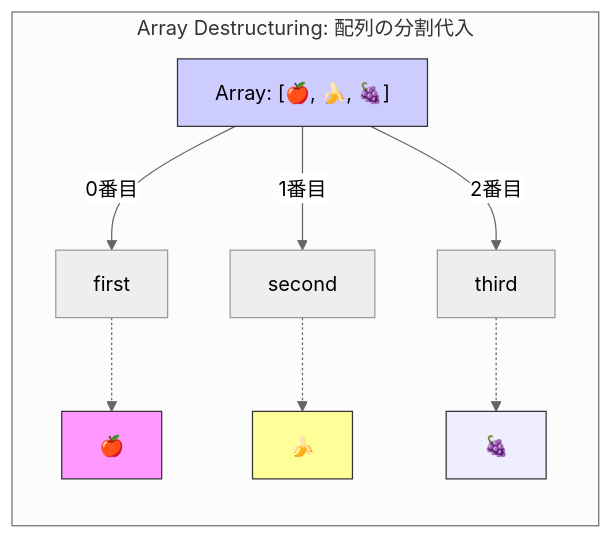
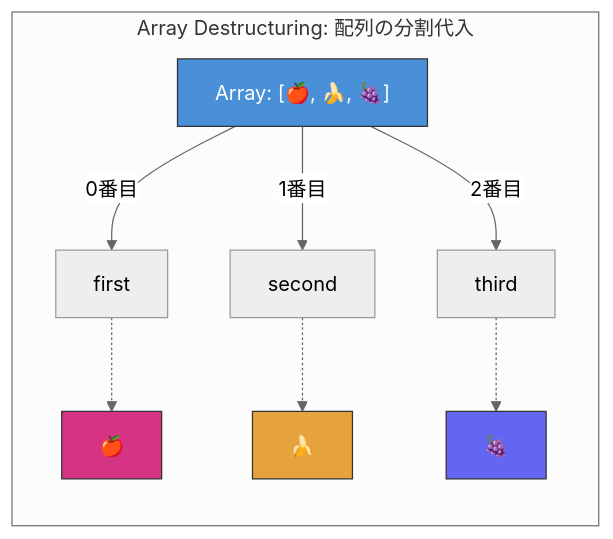
The diagram in D02.md (komiyamma/site_ichika_destruct-spread-named-rest), drawn with Mermaid (neutral theme) before and after one commit. The commit also changed 35 other files, not shown here.

````diff
--- a/D02.md
+++ b/D02.md
@@ -79,20 +79,20 @@
 ```mermaid
 flowchart TD
     subgraph "Array Destructuring: 配列の分割代入"
     direction TB
     Data["Array: [🍎, 🍌, 🍇]"]
     
     Data -- 0番目 --> Var1[first]
     Data -- 1番目 --> Var2[second]
     Data -- 2番目 --> Var3[third]
     
     Var1 -.-> Val1["🍎"]
     Var2 -.-> Val2["🍌"]
     Var3 -.-> Val3["🍇"]
     end
     
-    style Data fill:#ccf,stroke:#333
-    style Val1 fill:#f9f,stroke:#333
-    style Val2 fill:#ff9,stroke:#333
-    style Val3 fill:#eef,stroke:#333
+    style Data fill:#4a90d9,stroke:#333,color:#fff
+    style Val1 fill:#d63384,stroke:#333,color:#fff
+    style Val2 fill:#e6a23c,stroke:#333,color:#fff
+    style Val3 fill:#6366f1,stroke:#333,color:#fff
 ```
````
